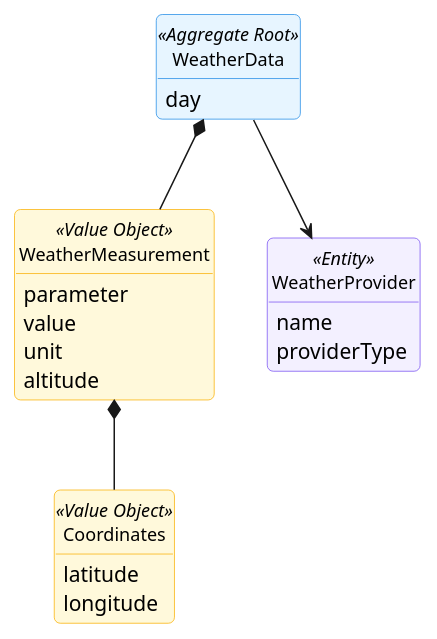
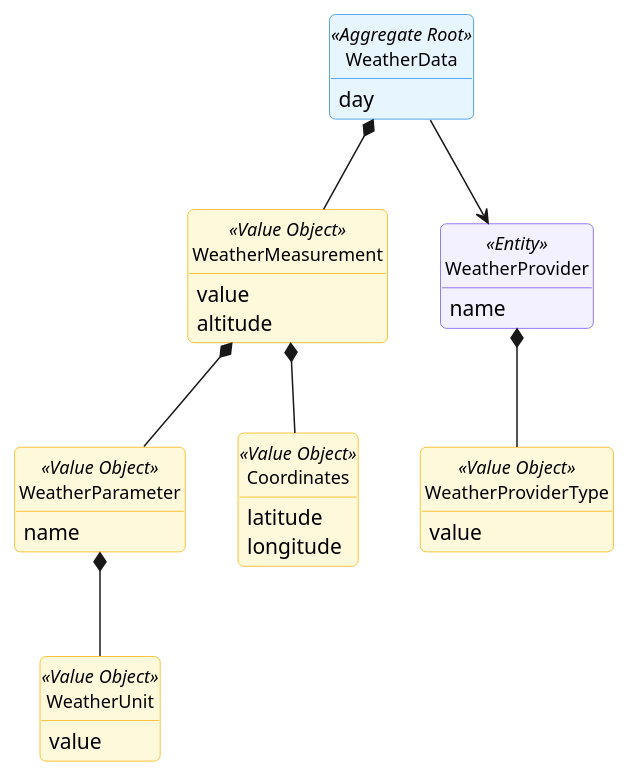
One commit to GustavoFerreira24/flight-management-platform changed the diagram in docs/global-artifacts/02.analysis/puml/Aggregates/WeatherDataAggregate.puml. Above: the diagram before and after it, drawn with PlantUML. The commit also changed 2 other files, not shown here.

Commit message:
Domain Model updates in the Simulation and Weather Part [#13]

```diff
--- a/docs/global-artifacts/02.analysis/puml/Aggregates/WeatherDataAggregate.puml
+++ b/docs/global-artifacts/02.analysis/puml/Aggregates/WeatherDataAggregate.puml
@@ -1,50 +1,63 @@
 @startuml
 skinparam {
     BackgroundColor white
     RoundCorner 8
     Shadowing false
     Handwritten false
     ClassAttributeIconSize 0
 
     ClassBackgroundColor white
     ClassBorderColor #495057
     ClassFontSize 12
 
     ClassBackgroundColor<<Aggregate Root>> #E7F5FF
     ClassBorderColor<<Aggregate Root>> #228BE6
 
     ClassBackgroundColor<<Value Object>> #FFF9DB
     ClassBorderColor<<Value Object>> #FAB005
 
     ClassBackgroundColor<<Entity>> #F3F0FF
     ClassBorderColor<<Entity>> #7950F2
 }
 hide circle
 hide methods
 
 class WeatherData <<Aggregate Root>> {
-    day
-}
+          day
+    }
 
-class WeatherMeasurement <<Value Object>> {
-    parameter
-    value
-    unit
-    altitude
-}
+    class WeatherMeasurement <<Value Object>> {
+        value
+        altitude
+    }
 
-class WeatherProvider <<Entity>> {
-    name
-    providerType
-}
+    class WeatherProvider <<Entity>> {
+        name
+    }
 
-class Coordinates <<Value Object>> {
-    latitude
-    longitude
-}
+    class WeatherProviderType <<Value Object>> {
+        value
+    }
 
-WeatherData --> WeatherProvider
-WeatherData *-- WeatherMeasurement
-WeatherMeasurement *-- Coordinates
+    class WeatherParameter <<Value Object>> {
+        name
+    }
+
+    class WeatherUnit <<Value Object>> {
+        value
+    }
+
+    class Coordinates <<Value Object>> {
+            latitude
+            longitude
+    }
+
+    WeatherData --> WeatherProvider
+    WeatherData *-- WeatherMeasurement
+    WeatherMeasurement *-- Coordinates
+    WeatherProvider *-- WeatherProviderType
+    WeatherMeasurement *-- WeatherParameter
+    WeatherParameter *-- WeatherUnit
+
 
 @enduml
```
